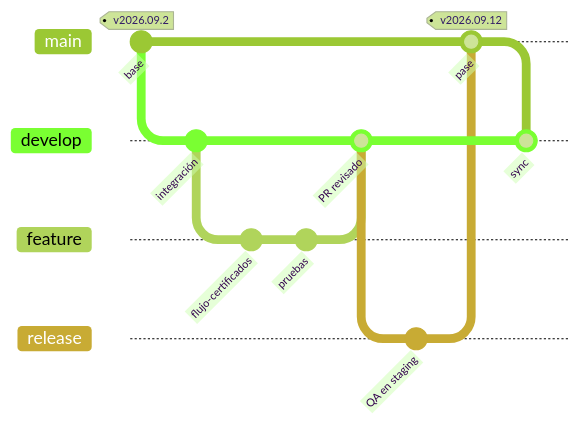
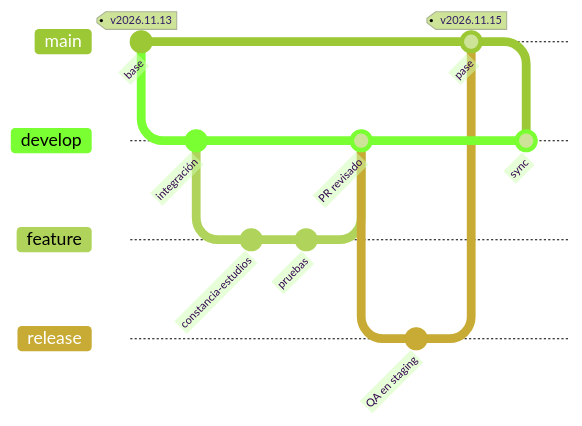
Before and after one commit to Alessandro-BS/Alessandro-BS: the second of 6 diagrams in README.md, drawn with Mermaid (forest theme). The commit also changed other lines of this file, not shown here.

````diff
--- a/README.md
+++ b/README.md
@@ -93,20 +101,20 @@
 ```mermaid
 gitGraph
-    commit id: "base" tag: "v2026.09.2"
+    commit id: "base" tag: "v2026.11.13"
     branch develop
     checkout develop
     commit id: "integración"
     branch feature
     checkout feature
-    commit id: "flujo-certificados"
+    commit id: "constancia-estudios"
     commit id: "pruebas"
     checkout develop
     merge feature id: "PR revisado"
     branch release
     checkout release
     commit id: "QA en staging"
     checkout main
-    merge release id: "pase" tag: "v2026.09.12"
+    merge release id: "pase" tag: "v2026.11.15"
     checkout develop
     merge main id: "sync"
 ```
````
